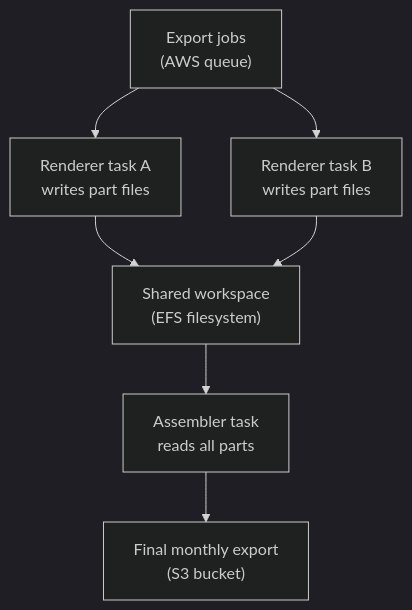
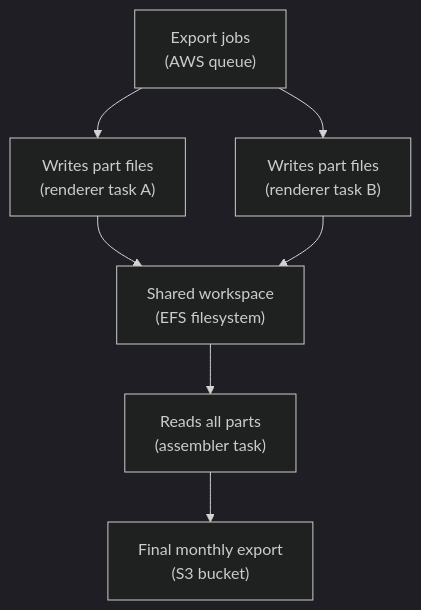
One commit to senlinyy/dev-roadmaps changed the second of 2 diagrams in cloud-providers/aws/storage-databases/ebs-and-efs-storage-attached-to-compute.md. Above: the diagram before and after it, drawn with Mermaid (dark theme). The commit also changed other lines of this file and 89 other files, not shown here.

````diff
--- a/cloud-providers/aws/storage-databases/ebs-and-efs-storage-attached-to-compute.md
+++ b/cloud-providers/aws/storage-databases/ebs-and-efs-storage-attached-to-compute.md
@@ -168,16 +168,16 @@
 ```mermaid
 flowchart TD
     QUEUE["Export jobs<br/>(AWS queue)"]
-    TASKA["Renderer task A<br/>writes part files"]
-    TASKB["Renderer task B<br/>writes part files"]
-    TASKC["Assembler task<br/>reads all parts"]
+    TASKA["Writes part files<br/>(renderer task A)"]
+    TASKB["Writes part files<br/>(renderer task B)"]
+    TASKC["Reads all parts<br/>(assembler task)"]
     EFS["Shared workspace<br/>(EFS filesystem)"]
     S3["Final monthly export<br/>(S3 bucket)"]
 
     QUEUE --> TASKA
     QUEUE --> TASKB
     TASKA --> EFS
     TASKB --> EFS
     EFS --> TASKC
     TASKC --> S3
 ```
````
